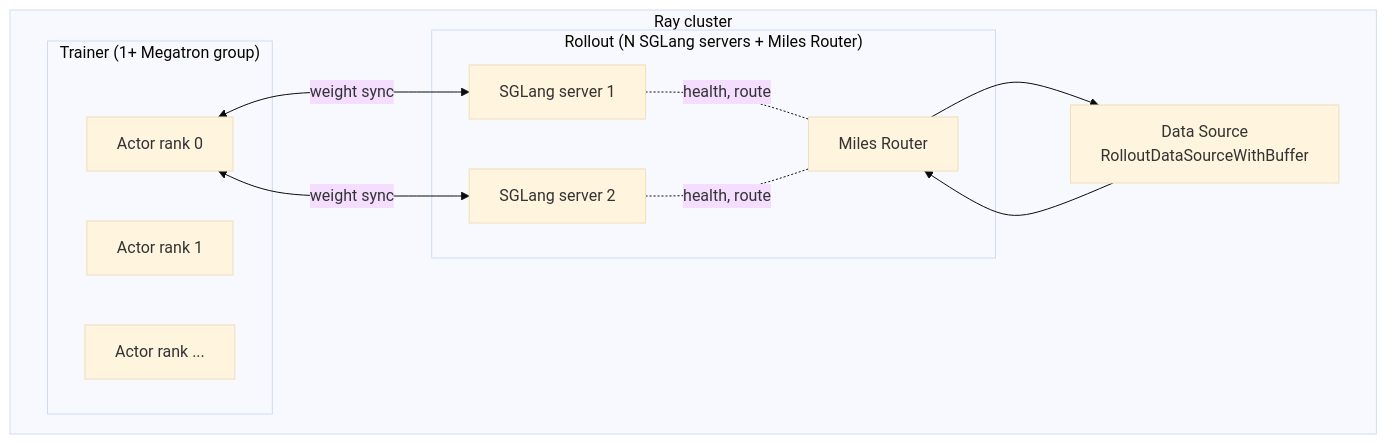
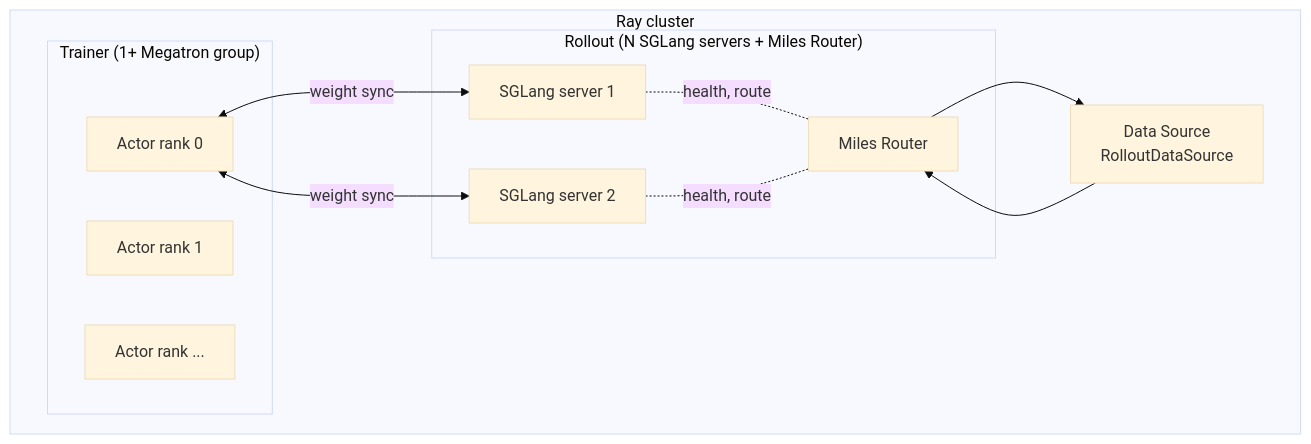
One commit to radixark/miles changed the first of 2 diagrams in docs/developer/architecture.md. Above: the diagram before and after it, drawn with Mermaid (base theme). The commit also changed 10 other files, not shown here.

Commit message:
Select the legacy buffer only for partial rollout

````diff
--- a/docs/developer/architecture.md
+++ b/docs/developer/architecture.md
@@ -11,22 +11,22 @@
 ```mermaid
 flowchart TB
     subgraph Ray cluster
         subgraph "Trainer (1+ Megatron group)"
             T1[Actor rank 0]
             T2[Actor rank 1]
             T3[Actor rank ...]
         end
         subgraph "Rollout (N SGLang servers + Miles Router)"
             R1[SGLang server 1]
             R2[SGLang server 2]
             MR[Miles Router]
             R1 -. health, route .- MR
             R2 -. health, route .- MR
         end
-        D[Data Source<br/>RolloutDataSourceWithBuffer]
+        D[Data Source<br/>RolloutDataSource]
         T1 <-- weight sync --> R1
         T1 <-- weight sync --> R2
         D --> MR
         MR --> D
     end
 ```
````
